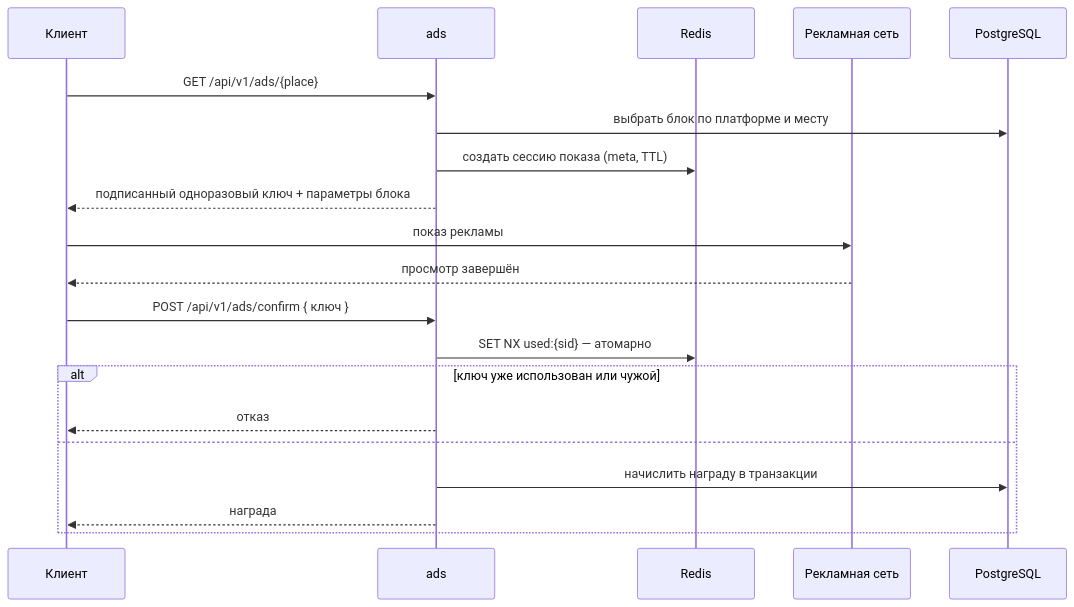
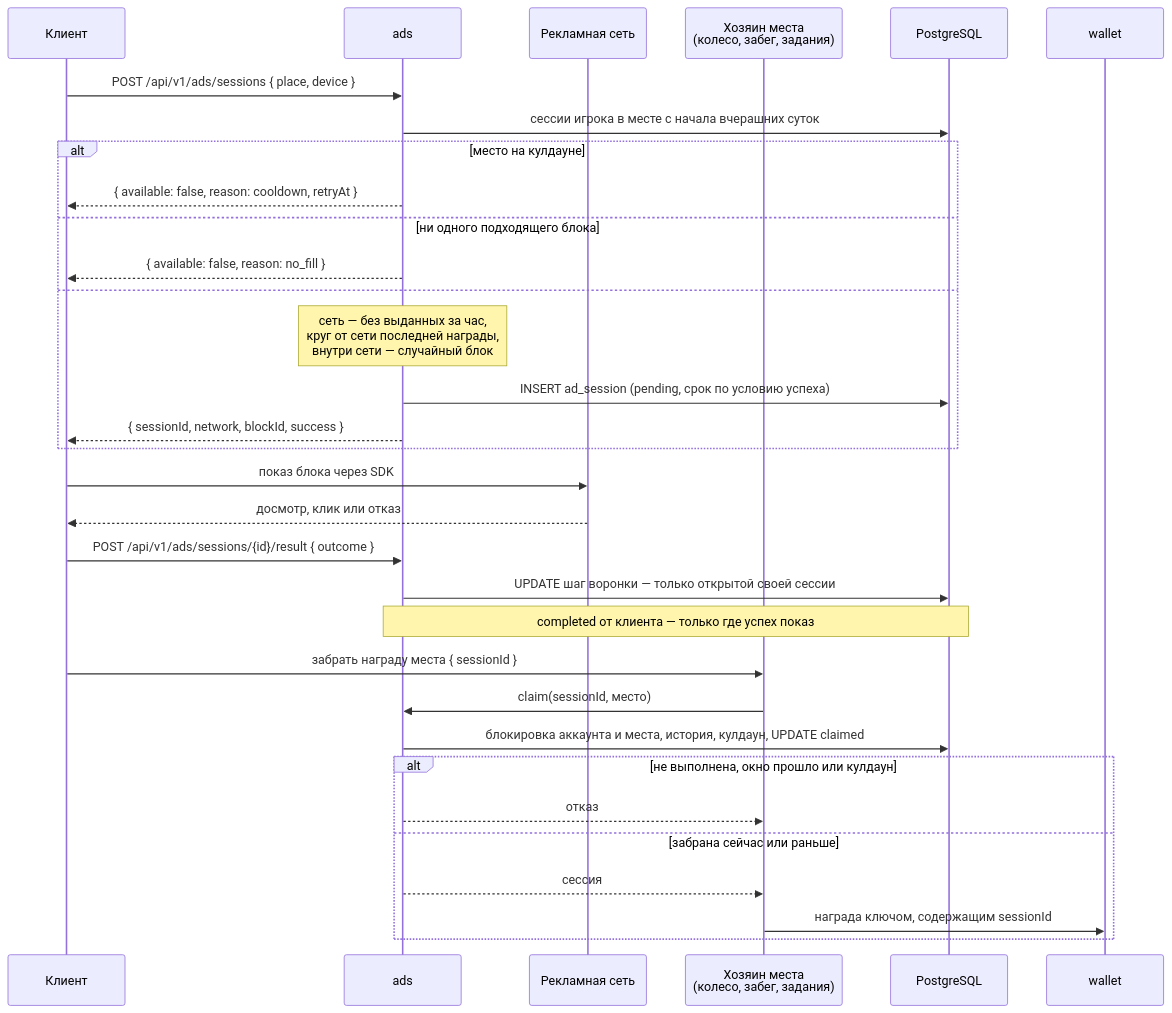
One commit to JJSGxKD/rubezh changed the tenth of 28 diagrams in docs/21-diagrams.md. Above: the diagram before and after it, drawn with Mermaid. The commit also changed other lines of this file and 15 other files, not shown here.

First line of the commit message:
feat(api): Добавить ядро рекламы: выбор сети и сессия показа

````diff
--- a/docs/21-diagrams.md
+++ b/docs/21-diagrams.md
@@ -1601,23 +1627,35 @@
 ```mermaid
 sequenceDiagram
     participant C as Клиент
     participant AD as ads
-    participant R as Redis
     participant N as Рекламная сеть
+    participant O as Хозяин места<br/>(колесо, забег, задания)
     participant DB as PostgreSQL
+    participant W as wallet
 
-    C->>AD: GET /api/v1/ads/{place}
-    AD->>DB: выбрать блок по платформе и месту
-    AD->>R: создать сессию показа (meta, TTL)
-    AD-->>C: подписанный одноразовый ключ + параметры блока
-    C->>N: показ рекламы
-    N-->>C: просмотр завершён
-    C->>AD: POST /api/v1/ads/confirm { ключ }
-    AD->>R: SET NX used:{sid} — атомарно
-    alt ключ уже использован или чужой
-        AD-->>C: отказ
+    C->>AD: POST /api/v1/ads/sessions { place, device }
+    AD->>DB: сессии игрока в месте с начала вчерашних суток
+    alt место на кулдауне
+        AD-->>C: { available: false, reason: cooldown, retryAt }
+    else ни одного подходящего блока
+        AD-->>C: { available: false, reason: no_fill }
     else
-        AD->>DB: начислить награду в транзакции
-        AD-->>C: награда
+        Note over AD: сеть — без выданных за час,<br/>круг от сети последней награды,<br/>внутри сети — случайный блок
+        AD->>DB: INSERT ad_session (pending, срок по условию успеха)
+        AD-->>C: { sessionId, network, blockId, success }
+    end
+    C->>N: показ блока через SDK
+    N-->>C: досмотр, клик или отказ
+    C->>AD: POST /api/v1/ads/sessions/{id}/result { outcome }
+    AD->>DB: UPDATE шаг воронки — только открытой своей сессии
+    Note over AD,DB: completed от клиента — только где успех показ
+    C->>O: забрать награду места { sessionId }
+    O->>AD: claim(sessionId, место)
+    AD->>DB: блокировка аккаунта и места, история, кулдаун, UPDATE claimed
+    alt не выполнена, окно прошло или кулдаун
+        AD-->>O: отказ
+    else забрана сейчас или раньше
+        AD-->>O: сессия
+        O->>W: награда ключом, содержащим sessionId
     end
 ```
````
